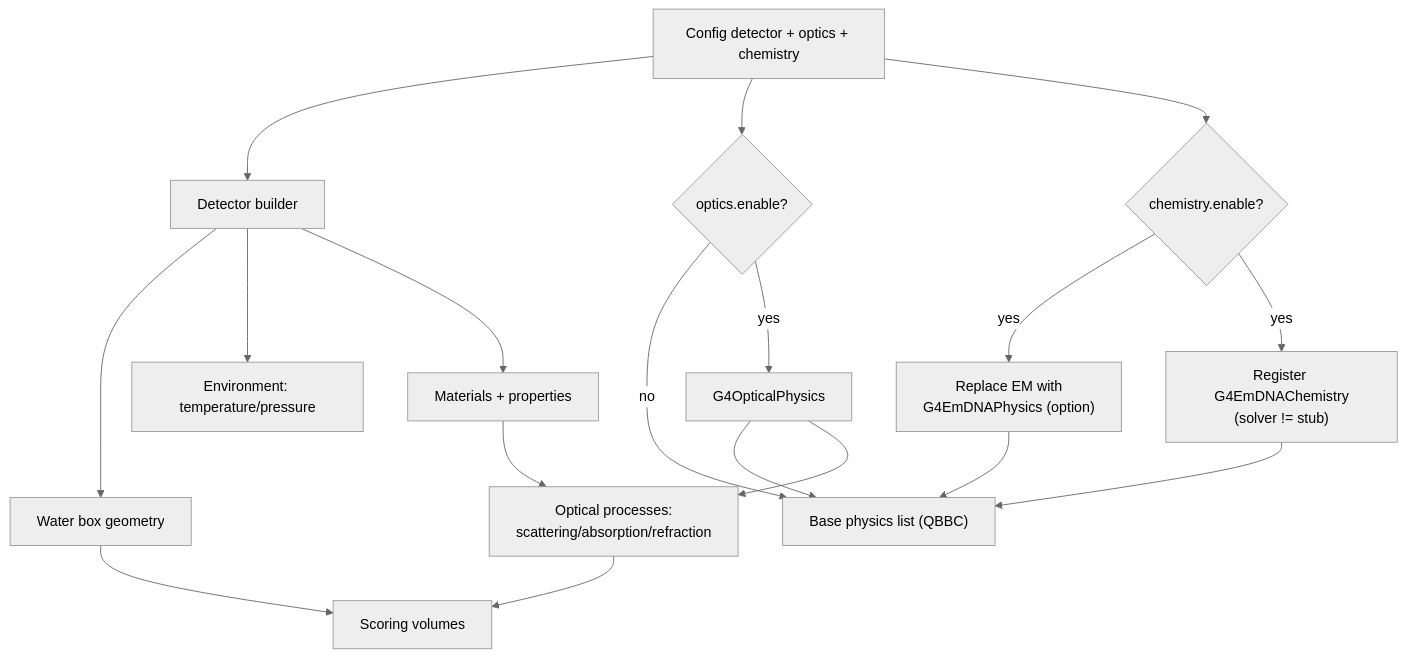
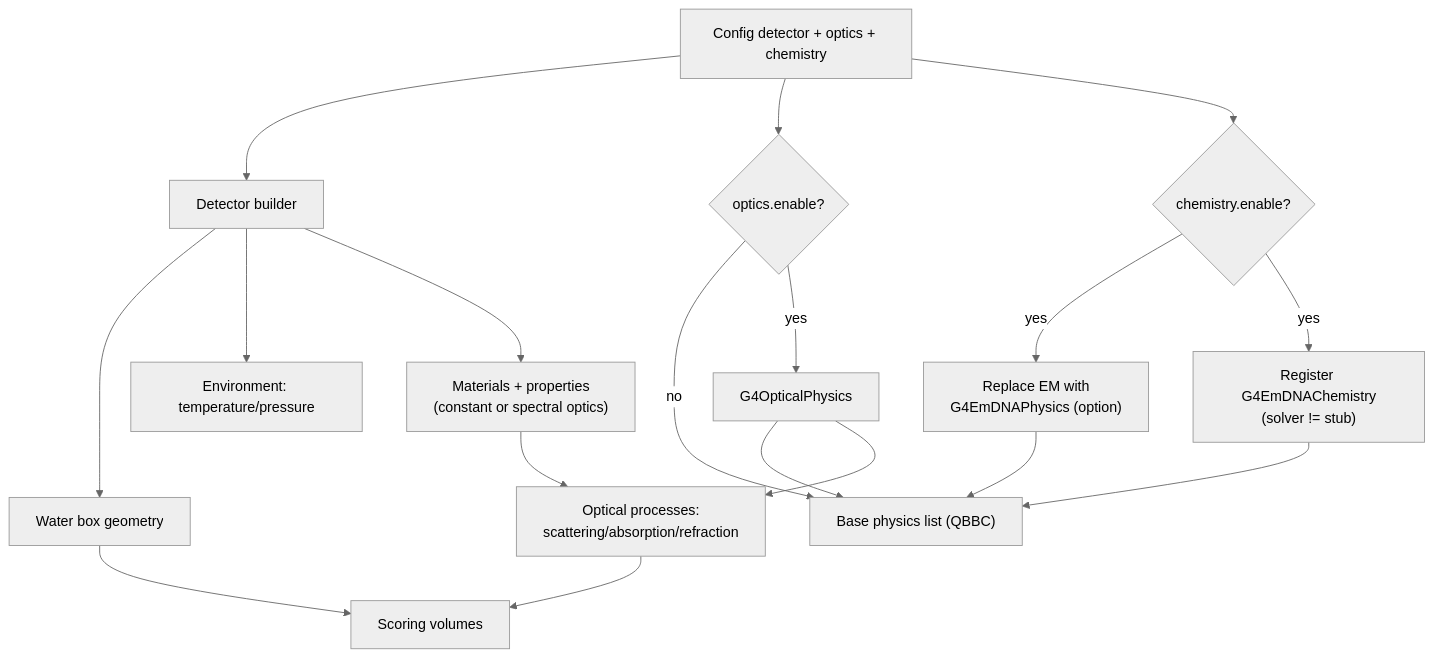
One commit to Geckos-Ink/trech changed the third of 6 diagrams in CHARTS.md. Above: the diagram before and after it, drawn with Mermaid (neutral theme). The commit also changed 8 other files, not shown here.

````diff
--- a/CHARTS.md
+++ b/CHARTS.md
@@ -60,20 +60,20 @@
 ```mermaid
 flowchart TB
   CFG["Config detector + optics + chemistry"] --> DETB["Detector builder"]
   DETB --> GEO["Water box geometry"]
   DETB --> ENV["Environment: temperature/pressure"]
-  DETB --> MAT["Materials + properties"]
+  DETB --> MAT["Materials + properties\n(constant or spectral optics)"]
   CFG --> OPT{optics.enable?}
   CFG --> CHEM{chemistry.enable?}
   OPT -- no --> PHYBASE["Base physics list (QBBC)"]
   OPT -- yes --> OPTPHYS["G4OpticalPhysics"]
   OPTPHYS --> PHYBASE
   CHEM -- yes --> DNAPHYS["Replace EM with\nG4EmDNAPhysics (option)"]
   CHEM -- yes --> DNACHEM["Register G4EmDNAChemistry\n(solver != stub)"]
   DNAPHYS --> PHYBASE
   DNACHEM --> PHYBASE
   OPTPHYS --> OP["Optical processes:\nscattering/absorption/refraction"]
   MAT --> OP
   GEO --> SD["Scoring volumes"]
   OP --> SD
 ```
````
